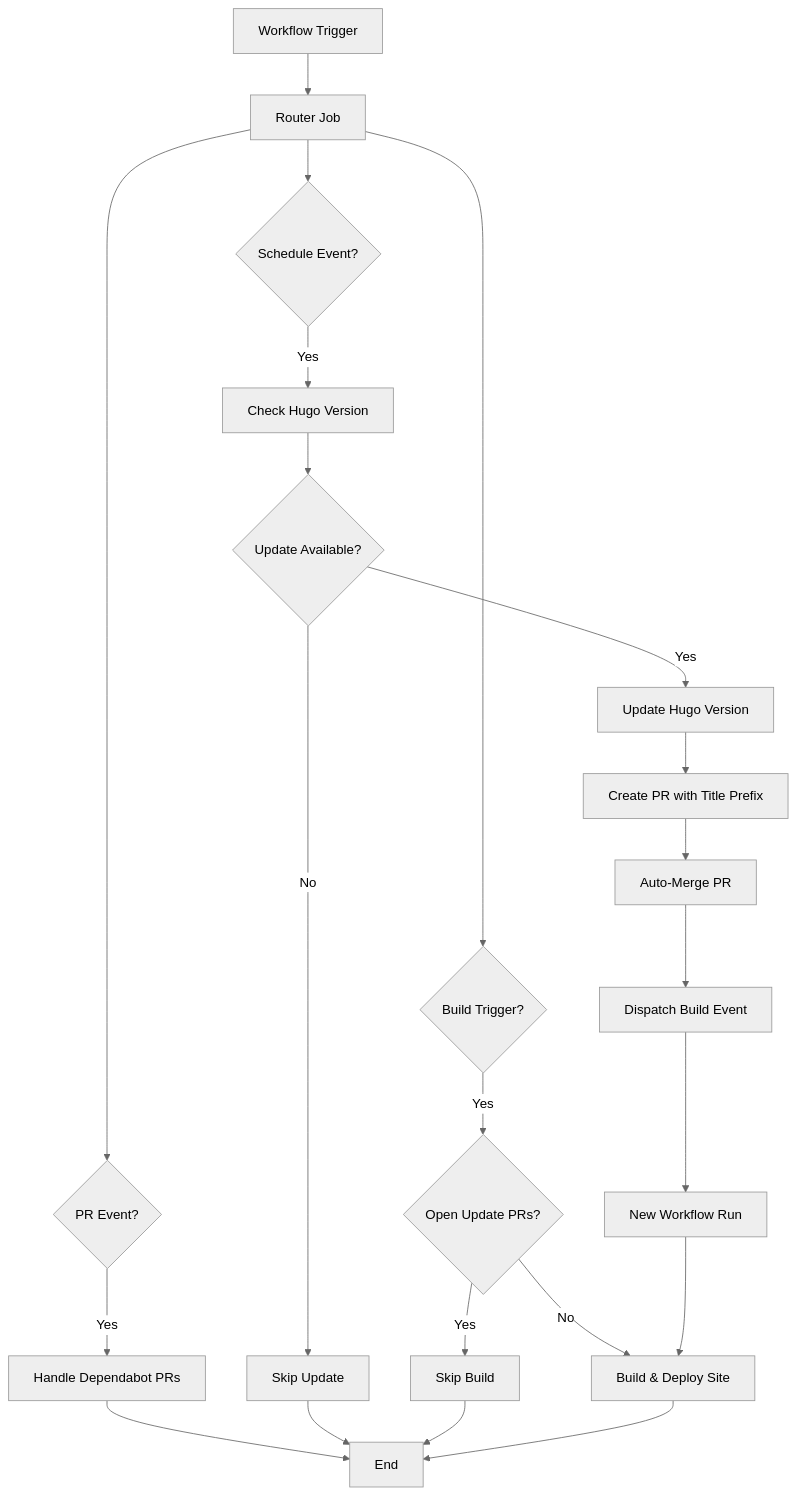
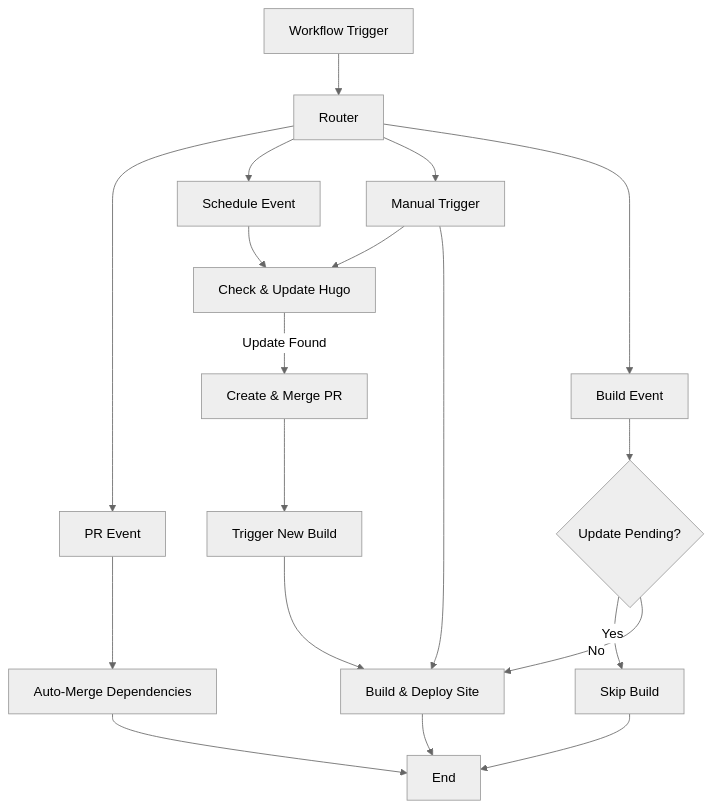
Before and after one commit to chriopter/hugo-autopilot: the diagram in README.md, drawn with Mermaid (neutral theme).

Commit message:
Small commit

````diff
--- a/README.md
+++ b/README.md
@@ -16,30 +16,27 @@
 ```mermaid
 flowchart TD
-    Start[Workflow Trigger] --> Router[Router Job]
+    Start[Workflow Trigger] --> Router[Router]
     
-    Router --> PR{PR Event?}
-    PR -->|Yes| Automerge[Handle Dependabot PRs]
+    Router --> PR[PR Event]
+    Router --> Schedule[Schedule Event]
+    Router --> Manual[Manual Trigger]
+    Router --> Build[Build Event]
     
-    Router --> Schedule{Schedule Event?}
-    Schedule -->|Yes| CheckUpdate[Check Hugo Version]
-    CheckUpdate --> NeedsUpdate{Update Available?}
-    NeedsUpdate -->|Yes| UpdateHugo[Update Hugo Version]
-    UpdateHugo --> CreatePR[Create PR with Title Prefix]
-    CreatePR --> AutoMergePR[Auto-Merge PR]
-    AutoMergePR --> DispatchBuild[Dispatch Build Event]
+    PR --> Automerge[Auto-Merge Dependencies]
+    Schedule --> UpdateCheck[Check & Update Hugo]
+    Manual --> UpdateCheck
+    Manual --> BuildSite
     
-    NeedsUpdate -->|No| SkipUpdate[Skip Update]
+    UpdateCheck -->|Update Found| CreatePR[Create & Merge PR]
+    CreatePR --> TriggerBuild[Trigger New Build]
     
-    Router --> Build{Build Trigger?}
-    Build -->|Yes| CheckPRs{Open Update PRs?}
-    CheckPRs -->|Yes| SkipBuild[Skip Build]
-    CheckPRs -->|No| BuildSite[Build & Deploy Site]
+    Build --> CheckPending{Update Pending?}
+    CheckPending -->|Yes| Skip[Skip Build]
+    CheckPending -->|No| BuildSite[Build & Deploy Site]
     
-    DispatchBuild --> NewWorkflow[New Workflow Run]
-    NewWorkflow --> BuildSite
+    TriggerBuild --> BuildSite
     
     Automerge --> End[End]
-    SkipUpdate --> End
-    SkipBuild --> End
+    Skip --> End
     BuildSite --> End
 ```
````
